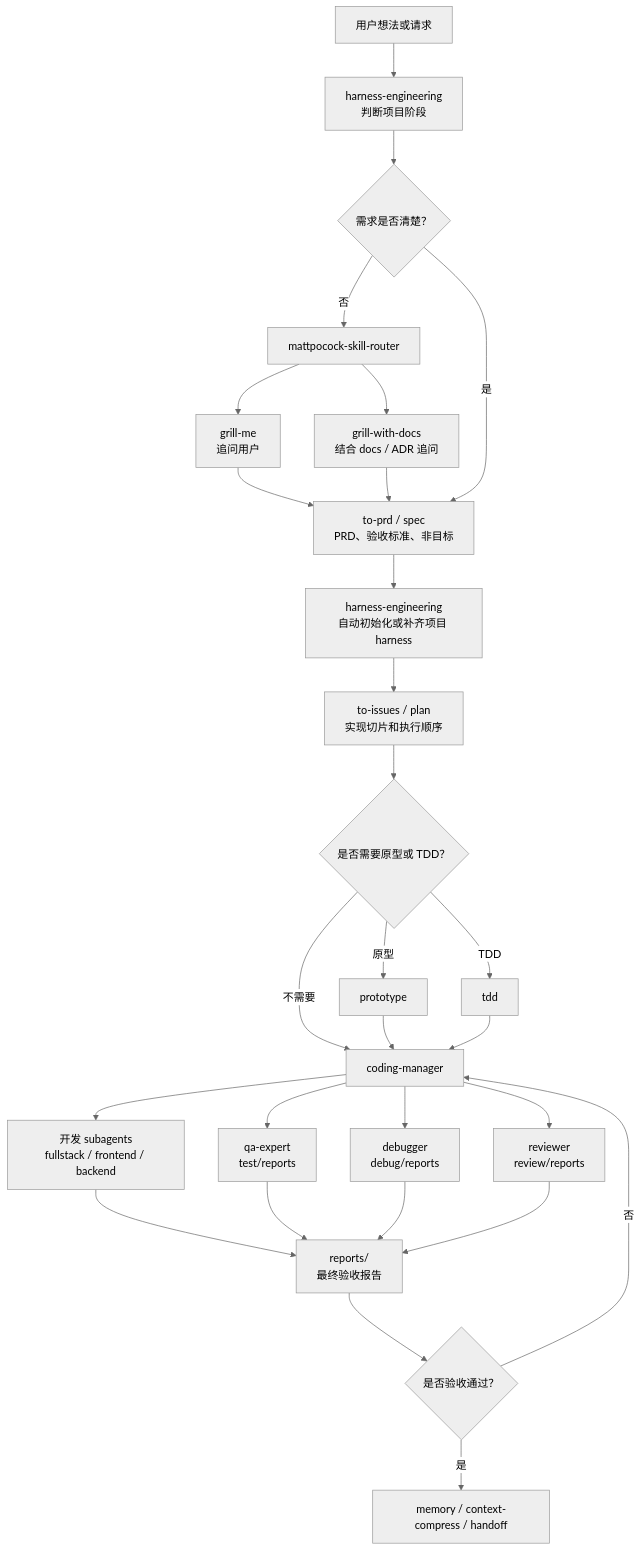
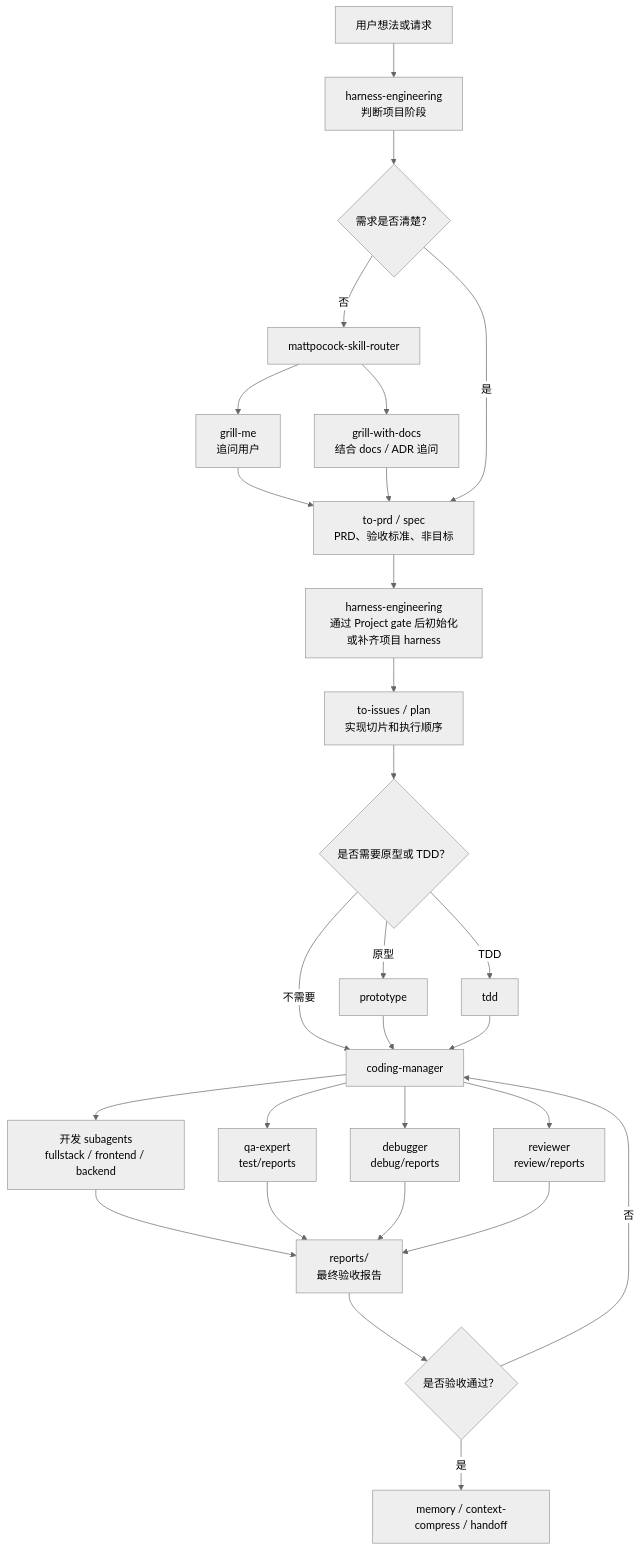
Before and after one commit to wantedfast/harness-engineering-wang: the first of 2 diagrams in README.zh-CN.md, drawn with Mermaid (neutral theme). The commit also changed other lines of this file and 7 other files, not shown here.

Commit message:
feat: require visible codex project gate

````diff
--- a/README.zh-CN.md
+++ b/README.zh-CN.md
@@ -94,30 +95,30 @@
 ```mermaid
 flowchart TD
     A["用户想法或请求"] --> B["harness-engineering<br/>判断项目阶段"]
     B --> C{"需求是否清楚？"}
     C -- "否" --> D["mattpocock-skill-router"]
     D --> E["grill-me<br/>追问用户"]
     D --> F["grill-with-docs<br/>结合 docs / ADR 追问"]
     E --> G["to-prd / spec<br/>PRD、验收标准、非目标"]
     F --> G
     C -- "是" --> G
-    G --> H["harness-engineering<br/>自动初始化或补齐项目 harness"]
+    G --> H["harness-engineering<br/>通过 Project gate 后初始化或补齐项目 harness"]
     H --> I["to-issues / plan<br/>实现切片和执行顺序"]
     I --> J{"是否需要原型或 TDD？"}
     J -- "原型" --> K["prototype"]
     J -- "TDD" --> L["tdd"]
     J -- "不需要" --> M["coding-manager"]
     K --> M
     L --> M
     M --> N["开发 subagents<br/>fullstack / frontend / backend"]
     M --> O["qa-expert<br/>test/reports"]
     M --> P["debugger<br/>debug/reports"]
     M --> Q["reviewer<br/>review/reports"]
     N --> R["reports/<br/>最终验收报告"]
     O --> R
     P --> R
     Q --> R
     R --> S{"是否验收通过？"}
     S -- "否" --> M
     S -- "是" --> T["memory / context-compress / handoff"]
 ```
````
